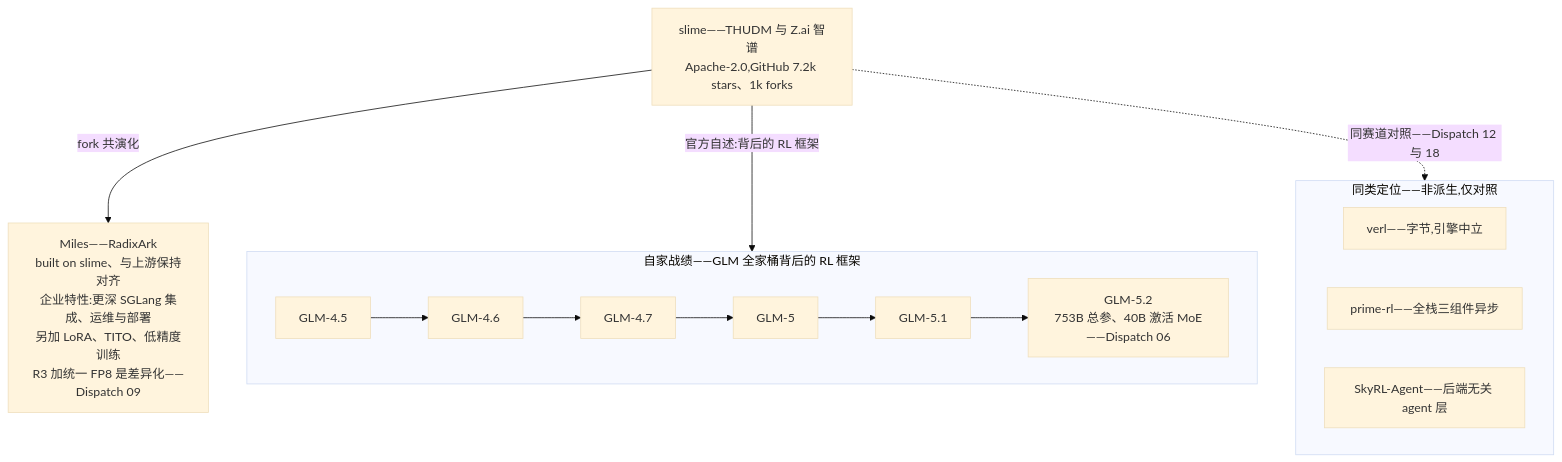
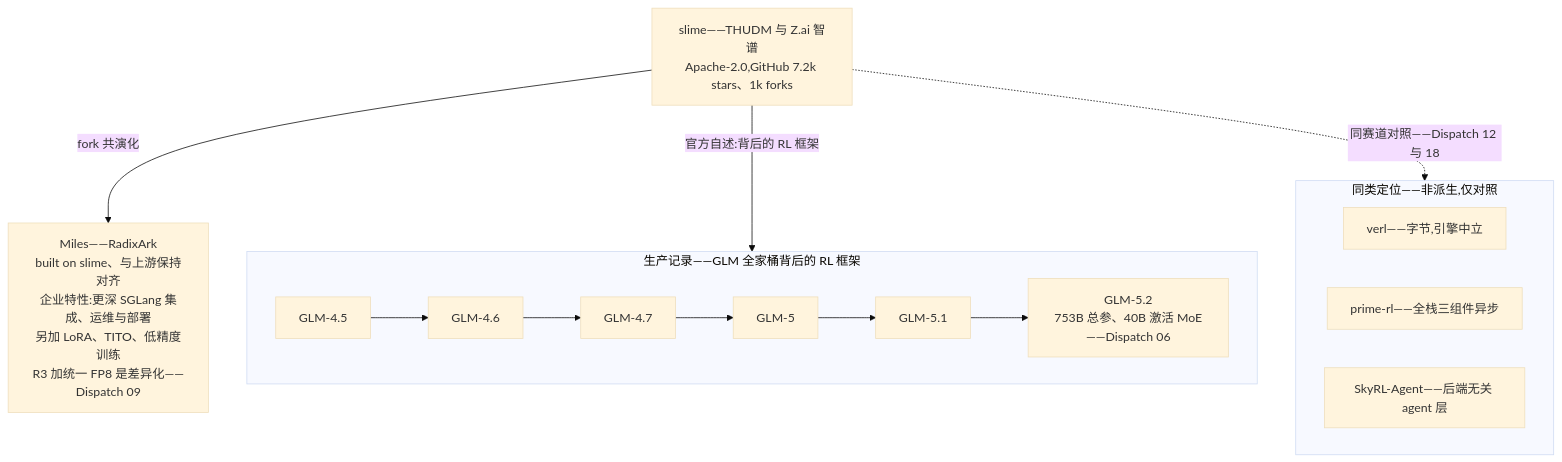
One commit to lloo099/mission44 changed the fifth of 5 diagrams in docs/blog/dispatch-19-slime.md. Above: the diagram before and after it, drawn with Mermaid (base theme). The commit also changed other lines of this file and 24 other files, not shown here.

Commit message:
全站文风统一:29 篇按'专业简洁、去口语化'标准批量修订 — 确定性替换 100 处(崩法→失稳模式/洼地→空白领域/占坑→公开工作/黑箱→未公开/datatype 动物园→谱系/押注→投入/护城河→竞争壁垒 等)+ 8 个编辑 agent 分批逐句精修(D24 单篇 38 处;两轮均遇用量上限中断后续跑完成)+ blog.json 摘要 6 处 + 综述残留 2 处. 术语全站一致化; 29 文件 mermaid 全验证 0 errors; 快照页同步重建

````diff
--- a/docs/blog/dispatch-19-slime.md
+++ b/docs/blog/dispatch-19-slime.md
@@ -187,20 +187,20 @@
 ```mermaid
 flowchart TB
     SLIME["slime——THUDM 与 Z.ai 智谱<br>Apache-2.0,GitHub 7.2k stars、1k forks"]
-    subgraph GLM ["自家战绩——GLM 全家桶背后的 RL 框架"]
+    subgraph GLM ["生产记录——GLM 全家桶背后的 RL 框架"]
         G1["GLM-4.5"] --> G2["GLM-4.6"]
         G2 --> G3["GLM-4.7"]
         G3 --> G4["GLM-5"]
         G4 --> G5["GLM-5.1"]
         G5 --> G6["GLM-5.2<br>753B 总参、40B 激活 MoE——Dispatch 06"]
     end
     SLIME -->|"官方自述:背后的 RL 框架"| GLM
     M1["Miles——RadixArk<br>built on slime、与上游保持对齐<br>企业特性:更深 SGLang 集成、运维与部署<br>另加 LoRA、TITO、低精度训练<br>R3 加统一 FP8 是差异化——Dispatch 09"]
     SLIME -->|"fork 共演化"| M1
     subgraph PEERS ["同类定位——非派生,仅对照"]
         V1["verl——字节,引擎中立"]
         P2["prime-rl——全栈三组件异步"]
         S9["SkyRL-Agent——后端无关 agent 层"]
     end
     SLIME -. "同赛道对照——Dispatch 12 与 18" .-> PEERS
 ```
````
